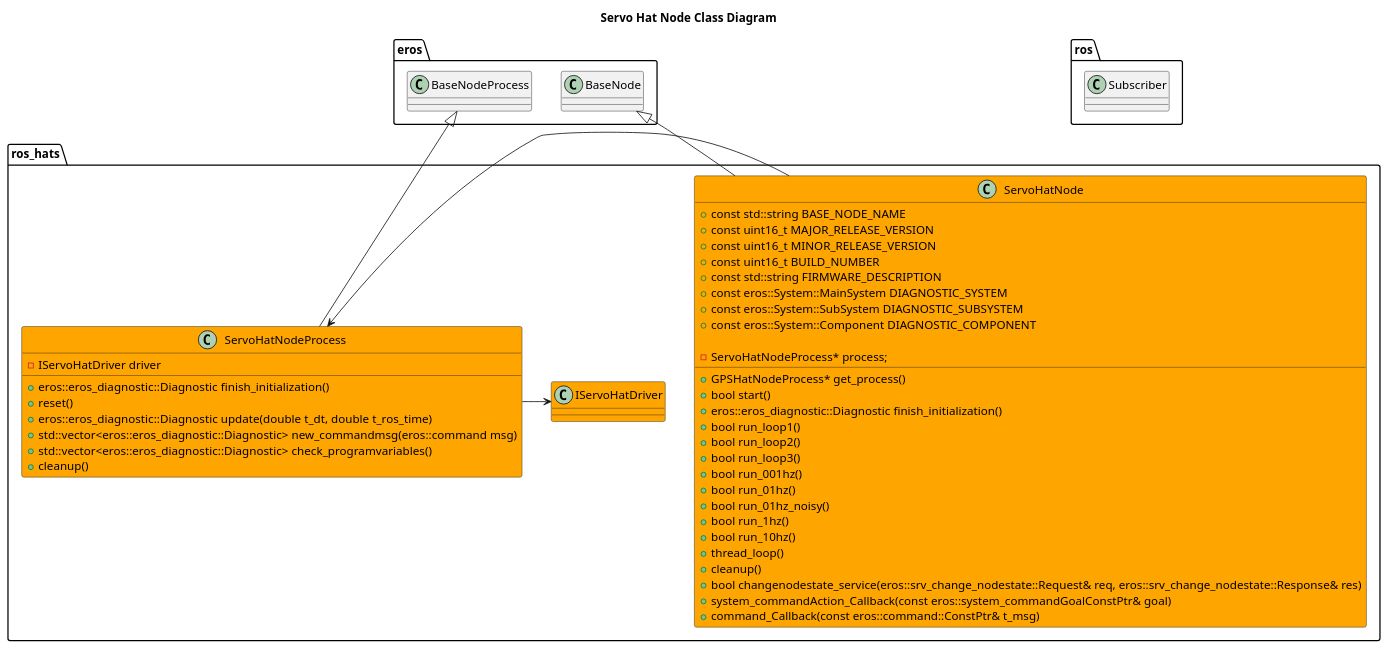
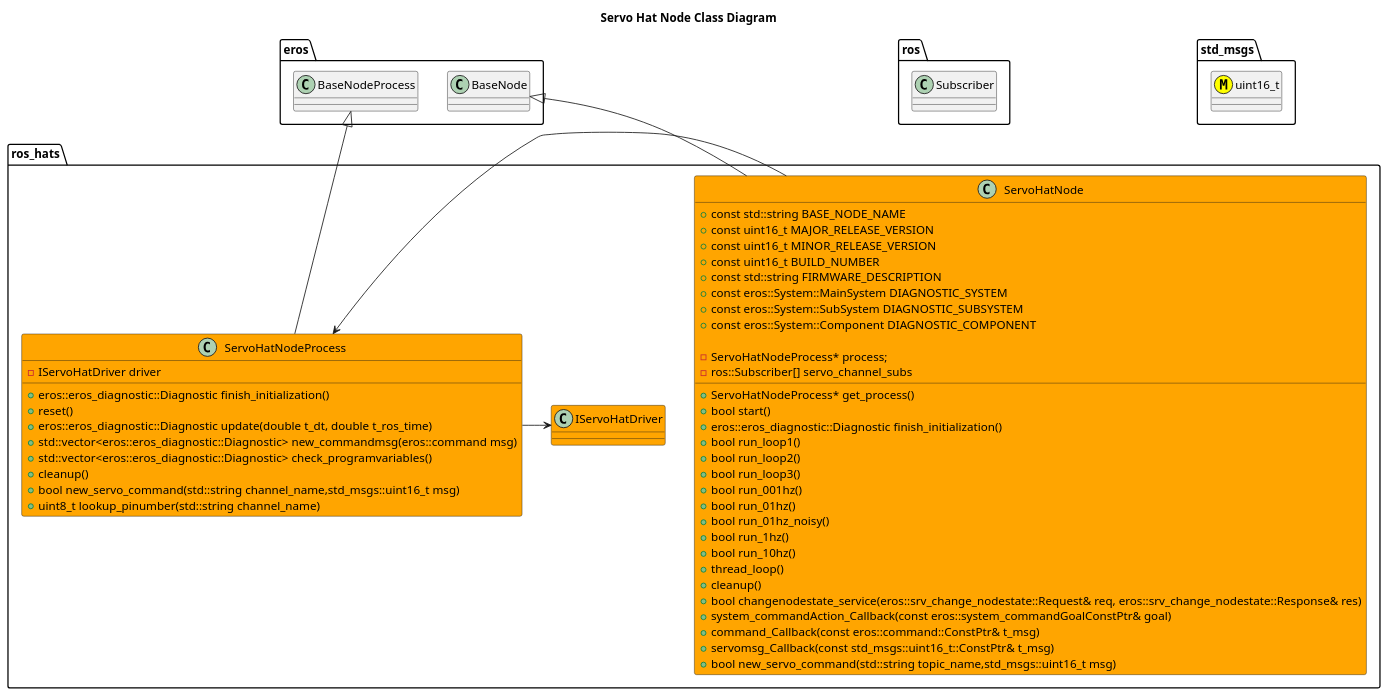
Before and after one commit to dgitz/ros_hats: the diagram in nodes/ServoHatNode/doc/ServoHatNodeClassDiagram.puml, drawn with PlantUML. The commit also changed 21 other files, not shown here.

```diff
--- a/nodes/ServoHatNode/doc/ServoHatNodeClassDiagram.puml
+++ b/nodes/ServoHatNode/doc/ServoHatNodeClassDiagram.puml
@@ -1,57 +1,66 @@
 @startuml
 title Servo Hat Node Class Diagram
 
 package ros {
   class Subscriber
+}
+package std_msgs {
+  class uint16_t <<(M,#FFFF00)>>
 }
 package eros {
   class BaseNode
   class BaseNodeProcess
 }
 
 package ros_hats {
   class ServoHatNode #Orange {
       +const std::string BASE_NODE_NAME
       +const uint16_t MAJOR_RELEASE_VERSION
       +const uint16_t MINOR_RELEASE_VERSION
       +const uint16_t BUILD_NUMBER
       +const std::string FIRMWARE_DESCRIPTION
       +const eros::System::MainSystem DIAGNOSTIC_SYSTEM
       +const eros::System::SubSystem DIAGNOSTIC_SUBSYSTEM
       +const eros::System::Component DIAGNOSTIC_COMPONENT
-      +GPSHatNodeProcess* get_process()
+      +ServoHatNodeProcess* get_process()
       +bool start()
       +eros::eros_diagnostic::Diagnostic finish_initialization()
       +bool run_loop1()
       +bool run_loop2()
       +bool run_loop3()
       +bool run_001hz()
       +bool run_01hz()
       +bool run_01hz_noisy()
       +bool run_1hz()
       +bool run_10hz()
       +thread_loop()
       +cleanup()
       +bool changenodestate_service(eros::srv_change_nodestate::Request& req, eros::srv_change_nodestate::Response& res)
       +system_commandAction_Callback(const eros::system_commandGoalConstPtr& goal)
       +command_Callback(const eros::command::ConstPtr& t_msg)
+      +servomsg_Callback(const std_msgs::uint16_t::ConstPtr& t_msg)
+      +bool new_servo_command(std::string topic_name,std_msgs::uint16_t msg)
 
       -ServoHatNodeProcess* process;
+      -ros::Subscriber[] servo_channel_subs
   }
   class ServoHatNodeProcess #Orange {
       +eros::eros_diagnostic::Diagnostic finish_initialization()
       +reset()
       +eros::eros_diagnostic::Diagnostic update(double t_dt, double t_ros_time)
       +std::vector<eros::eros_diagnostic::Diagnostic> new_commandmsg(eros::command msg)
       +std::vector<eros::eros_diagnostic::Diagnostic> check_programvariables()
       +cleanup()
+      +bool new_servo_command(std::string channel_name,std_msgs::uint16_t msg)
+      +uint8_t lookup_pinumber(std::string channel_name)
+
       -IServoHatDriver driver
 
   }
   class IServoHatDriver #Orange 
   BaseNode <|-- ServoHatNode
   BaseNodeProcess <|-- ServoHatNodeProcess
   ServoHatNode -> ServoHatNodeProcess
   ServoHatNodeProcess -> IServoHatDriver
 }
 @enduml
```
